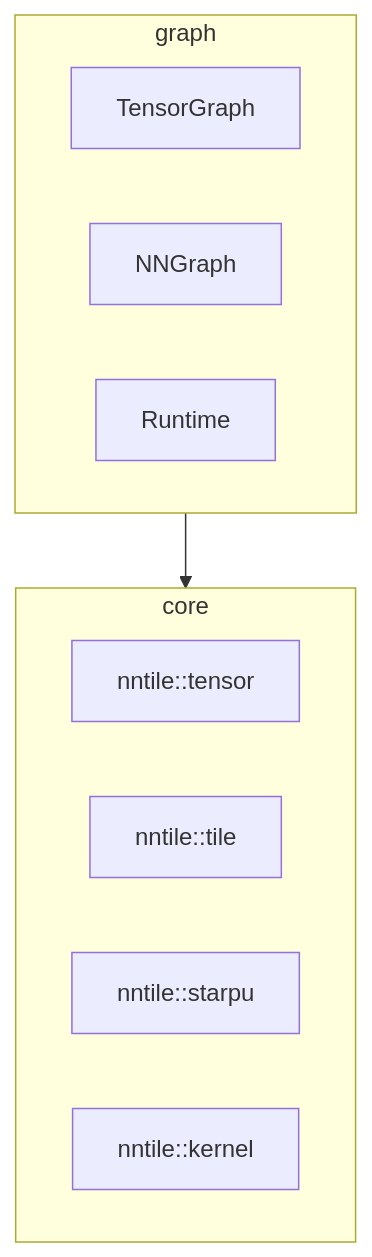
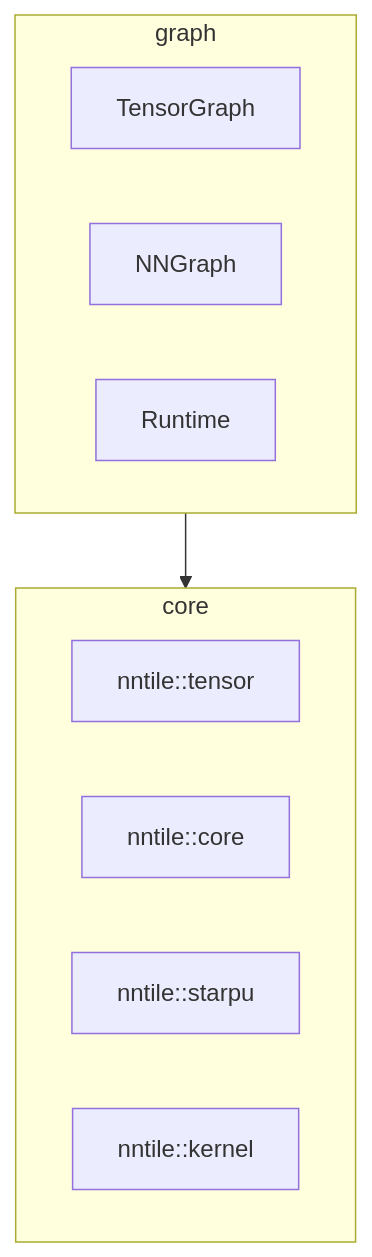
The diagram in docs/cpp/README.md (nntile/nntile), drawn with Mermaid before and after one commit. The commit also changed other lines of this file and 2169 other files, not shown here.

First line of the commit message:
Restructure stack: core/tile/tensor/nn layers; remove eager tensor and legacy Python

````diff
--- a/docs/cpp/README.md
+++ b/docs/cpp/README.md
@@ -15,15 +15,15 @@
 ```mermaid
 flowchart TB
   subgraph graph_pkg [graph]
     TG[TensorGraph]
     NN[NNGraph]
     RT[Runtime]
   end
   subgraph core_pkg [core]
     Tensor[nntile::tensor]
-    Tile[nntile::tile]
+    Tile[nntile::core]
     StarPU[nntile::starpu]
     Kernel[nntile::kernel]
   end
   graph_pkg --> core_pkg
 ```
````
